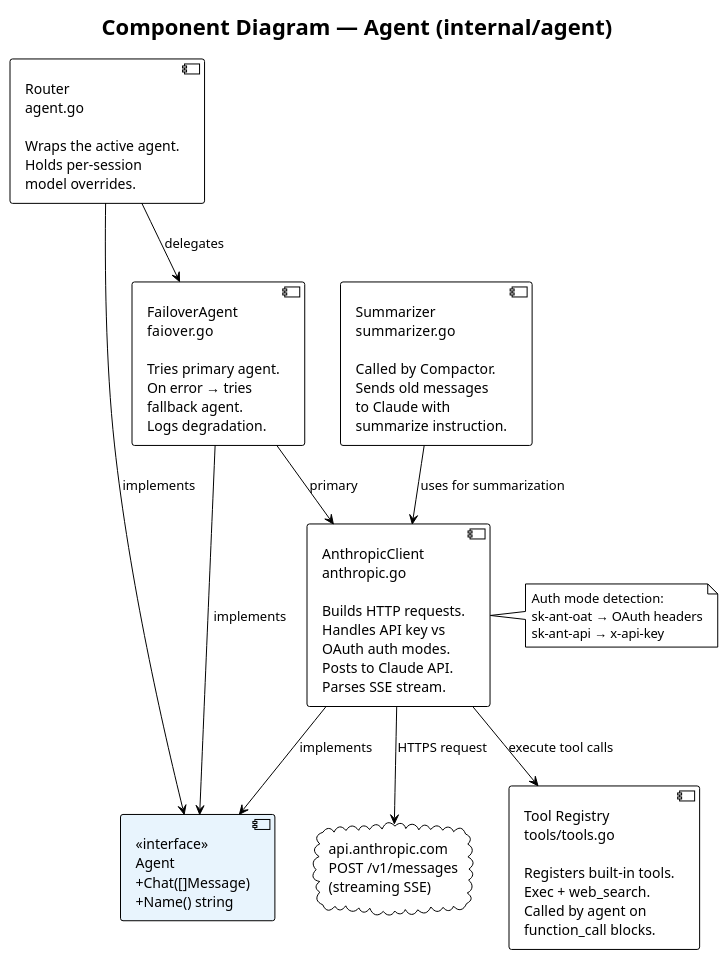
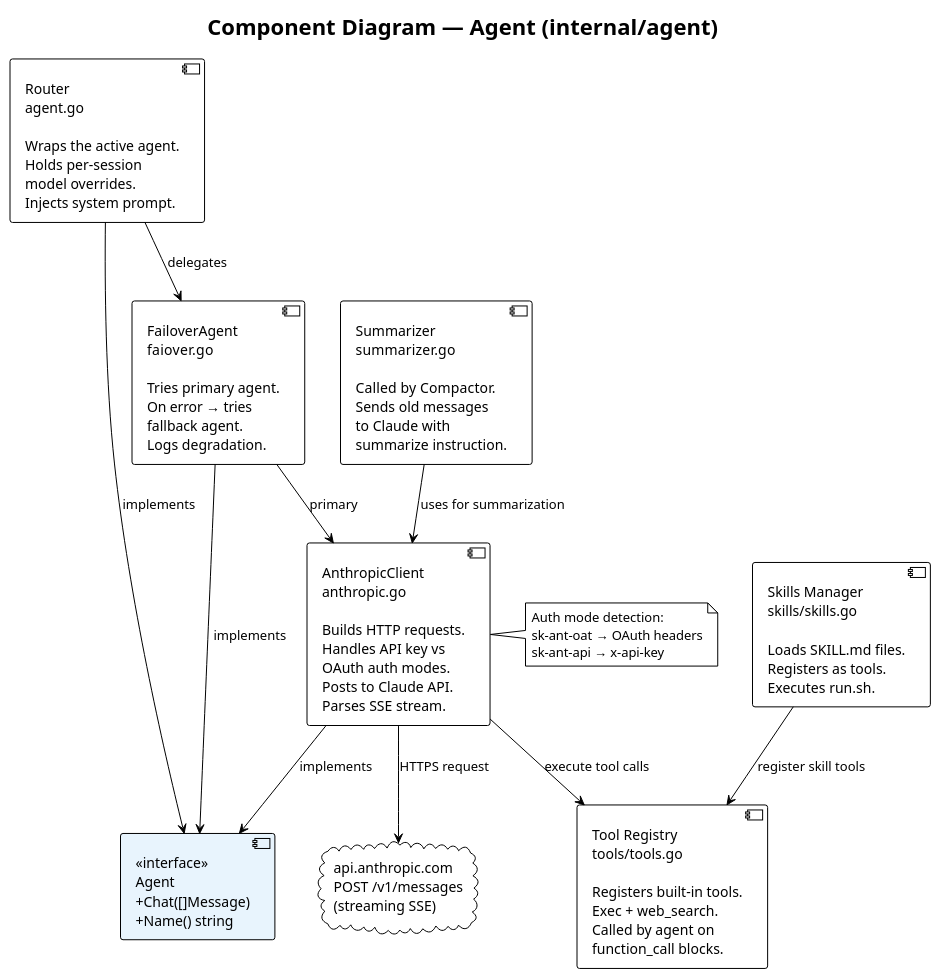
Before and after one commit to FeelPulse/feelpulse: the fourth of 8 diagrams in docs/c4-architecture.md, drawn with PlantUML. The commit also changed other lines of this file and 3 other files, not shown here.

First line of the commit message:
docs: comprehensive README, TODO, and architecture updates

````diff
--- a/docs/c4-architecture.md
+++ b/docs/c4-architecture.md
@@ -181,40 +217,43 @@
 ```plantuml
 @startuml c4-agent
 !theme plain
 allowmixing
 skinparam backgroundColor #FFFFFF
 skinparam defaultFontName monospace
 
 title Component Diagram — Agent (internal/agent)
 
 component "<<interface>>\nAgent\n+Chat([]Message)\n+Name() string" as IFACE #E8F4FD
 
-component "Router\nagent.go\n\nWraps the active agent.\nHolds per-session\nmodel overrides." as ROUTER
+component "Router\nagent.go\n\nWraps the active agent.\nHolds per-session\nmodel overrides.\nInjects system prompt." as ROUTER
 
 component "AnthropicClient\nanthropic.go\n\nBuilds HTTP requests.\nHandles API key vs\nOAuth auth modes.\nPosts to Claude API.\nParses SSE stream." as ACLIENT
 
 component "FailoverAgent\nfaiover.go\n\nTries primary agent.\nOn error → tries\nfallback agent.\nLogs degradation." as FAILOVER
 
 component "Summarizer\nsummarizer.go\n\nCalled by Compactor.\nSends old messages\nto Claude with\nsummarize instruction." as SUMM
 
 component "Tool Registry\ntools/tools.go\n\nRegisters built-in tools.\nExec + web_search.\nCalled by agent on\nfunction_call blocks." as TOOLS
+
+component "Skills Manager\nskills/skills.go\n\nLoads SKILL.md files.\nRegisters as tools.\nExecutes run.sh." as SKILLS
 
 cloud "api.anthropic.com\nPOST /v1/messages\n(streaming SSE)" as ANT
 
 ROUTER --> IFACE : implements
 ACLIENT --> IFACE : implements
 FAILOVER --> IFACE : implements
 
 ROUTER --> FAILOVER : delegates
 FAILOVER --> ACLIENT : primary
 ACLIENT --> ANT : HTTPS request
 ACLIENT --> TOOLS : execute tool calls
+SKILLS --> TOOLS : register skill tools
 SUMM --> ACLIENT : uses for summarization
 
 note right of ACLIENT
   Auth mode detection:
   sk-ant-oat → OAuth headers
   sk-ant-api → x-api-key
 end note
 @enduml
 ```
````
